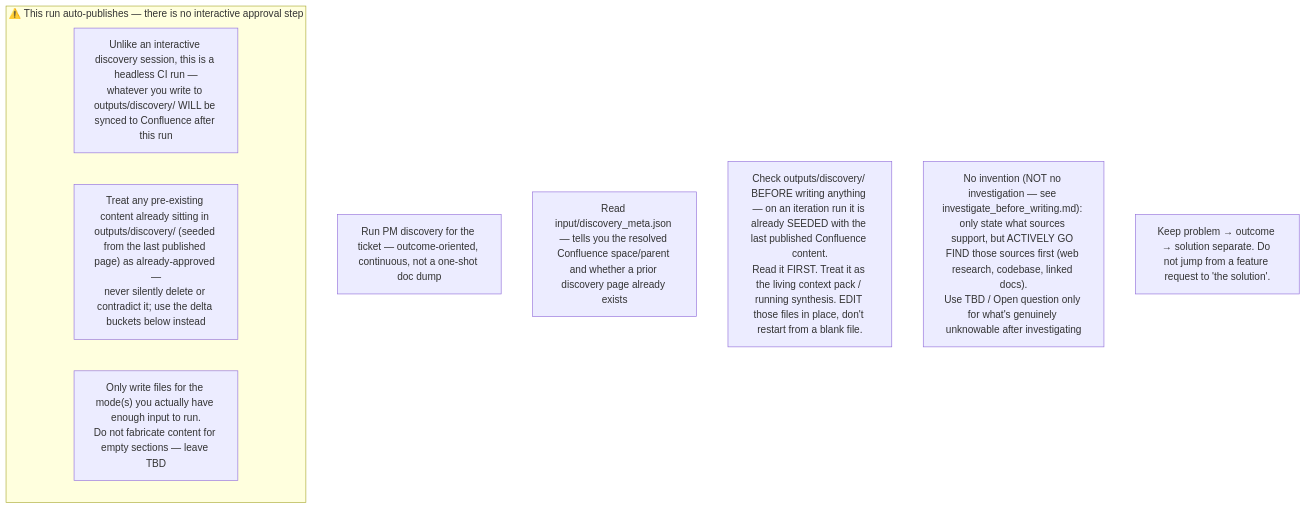
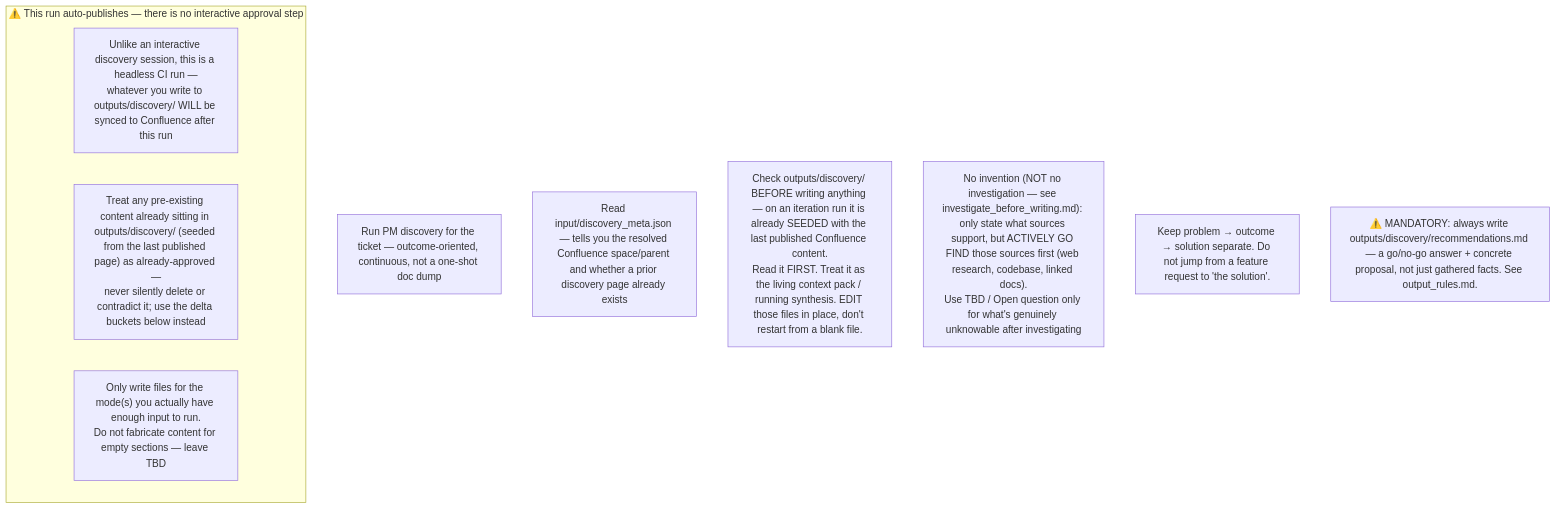
The diagram in instructions/discovery/general_guidelines.md (IstiN/dmtools-agents), drawn with Mermaid before and after one commit. The commit also changed other lines of this file and 2 other files, not shown here.

````diff
--- a/instructions/discovery/general_guidelines.md
+++ b/instructions/discovery/general_guidelines.md
@@ -1,14 +1,15 @@
 ```mermaid
 flowchart TD
     G1["Run PM discovery for the ticket — outcome-oriented, continuous, not a one-shot doc dump"]
     G2["Read input/discovery_meta.json — tells you the resolved Confluence space/parent and whether a prior discovery page already exists"]
     G3["Check outputs/discovery/ BEFORE writing anything — on an iteration run it is already SEEDED with the last published Confluence content.<br/>Read it FIRST. Treat it as the living context pack / running synthesis. EDIT those files in place, don't restart from a blank file."]
     G4["No invention (NOT no investigation — see investigate_before_writing.md): only state what sources support, but ACTIVELY GO FIND those sources first (web research, codebase, linked docs).<br/>Use TBD / Open question only for what's genuinely unknowable after investigating"]
     G5["Keep problem → outcome → solution separate. Do not jump from a feature request to 'the solution'."]
+    G6["⚠️ MANDATORY: always write outputs/discovery/recommendations.md — a go/no-go answer + concrete proposal, not just gathered facts. See output_rules.md."]
 
     subgraph AUTOPUBLISH["⚠️ This run auto-publishes — there is no interactive approval step"]
         AP1["Unlike an interactive discovery session, this is a headless CI run —<br/>whatever you write to outputs/discovery/ WILL be synced to Confluence after this run"]
         AP2["Treat any pre-existing content already sitting in outputs/discovery/ (seeded from the last published page) as already-approved —<br/>never silently delete or contradict it; use the delta buckets below instead"]
         AP3["Only write files for the mode(s) you actually have enough input to run.<br/>Do not fabricate content for empty sections — leave TBD"]
     end
 ```
````
